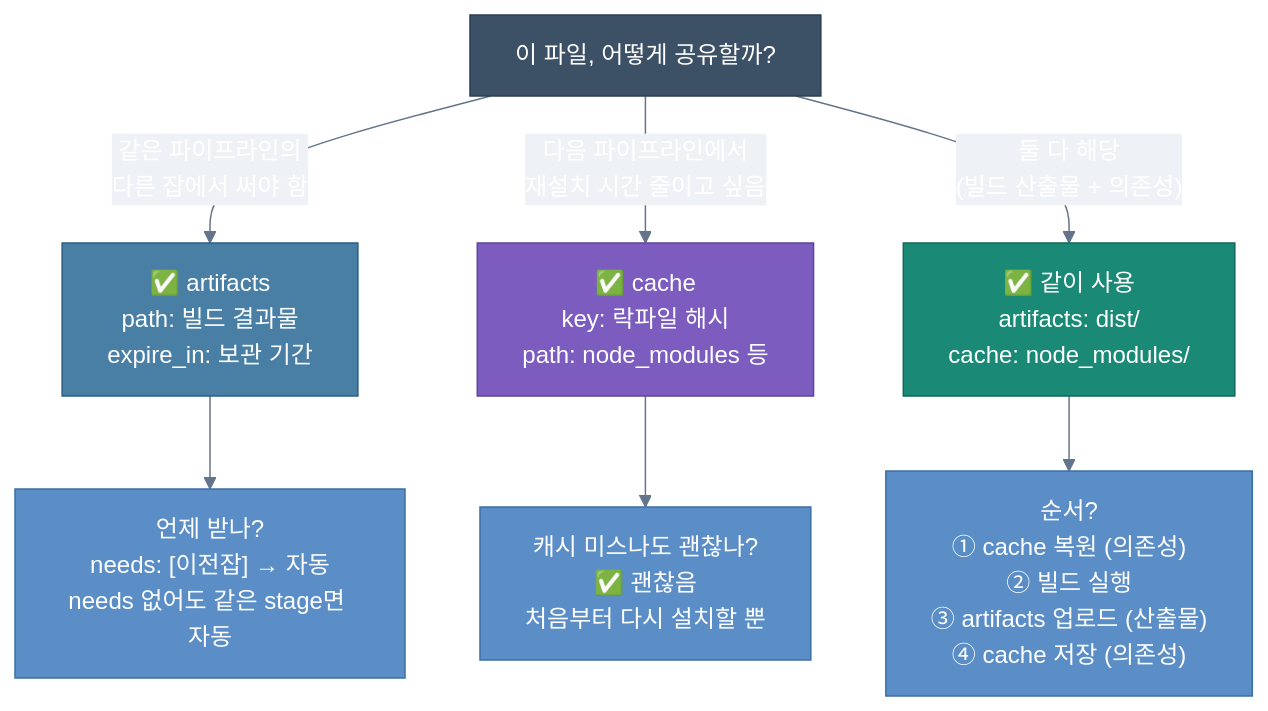
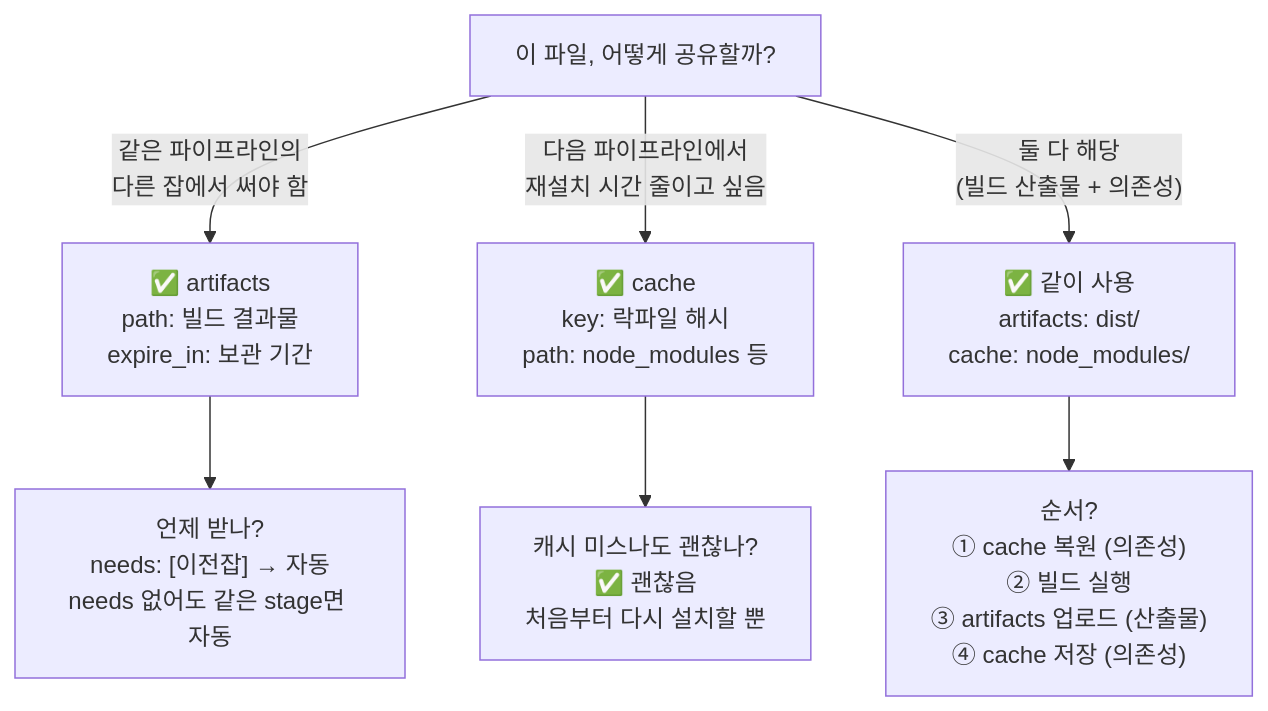
The eighth of 9 diagrams in posts/study/infra/gitlab-artifacts-vs-cache.md (Seobway23/Seobway23.github.io), drawn with Mermaid before and after one commit. The commit also changed other lines of this file and 21 other files, not shown here.

Commit message:
:sparkles: mermaid, code,inline edit

````diff
--- a/posts/study/infra/gitlab-artifacts-vs-cache.md
+++ b/posts/study/infra/gitlab-artifacts-vs-cache.md
@@ -411,29 +378,20 @@
 ```mermaid
-%%{init: {'theme': 'base', 'themeVariables': {'primaryColor': '#5b8ec7', 'primaryTextColor': '#fff', 'primaryBorderColor': '#3d6fa5', 'lineColor': '#64748b', 'edgeLabelBackground': '#eef2f7'}}}%%
+%% desc: 실전 판단 플로차트 — 상황별 artifacts/cache/병용 선택 가이드
 flowchart TD
     Q["이 파일, 어떻게 공유할까?"]
 
     Q -->|"같은 파이프라인의\n다른 잡에서 써야 함"| ART
     Q -->|"다음 파이프라인에서\n재설치 시간 줄이고 싶음"| CAC
     Q -->|"둘 다 해당\n(빌드 산출물 + 의존성)"| BOTH
 
     ART["✅ artifacts\npath: 빌드 결과물\nexpire_in: 보관 기간"]
     CAC["✅ cache\nkey: 락파일 해시\npath: node_modules 등"]
     BOTH["✅ 같이 사용\nartifacts: dist/\ncache: node_modules/"]
 
     ART --> SUB_ART["언제 받나?\nneeds: [이전잡] → 자동\nneeds 없어도 같은 stage면 자동"]
     CAC --> SUB_CAC["캐시 미스나도 괜찮나?\n✅ 괜찮음\n처음부터 다시 설치할 뿐"]
     BOTH --> SUB_BOTH["순서?\n① cache 복원 (의존성)\n② 빌드 실행\n③ artifacts 업로드 (산출물)\n④ cache 저장 (의존성)"]
 
-    classDef q fill:#3d5166,stroke:#2c3e50,color:#fff
-    classDef art fill:#4a7fa5,stroke:#2d5e82,color:#fff
-    classDef cac fill:#7c5cbf,stroke:#5d449a,color:#fff
-    classDef both fill:#1a8a76,stroke:#12665a,color:#fff
-    classDef sub fill:#5b8ec7,stroke:#3d6fa5,color:#fff
 
-    class Q q
-    class ART art
-    class CAC cac
-    class BOTH both
-    class SUB_ART,SUB_CAC,SUB_BOTH sub
+
 ```
````
